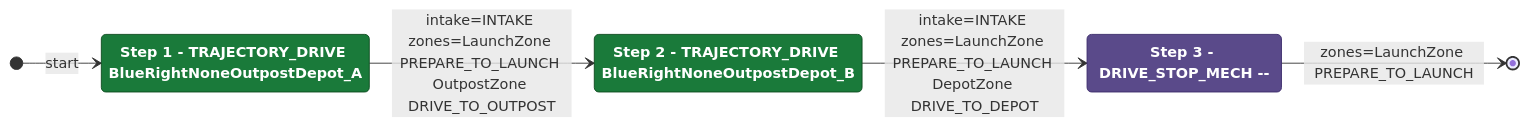
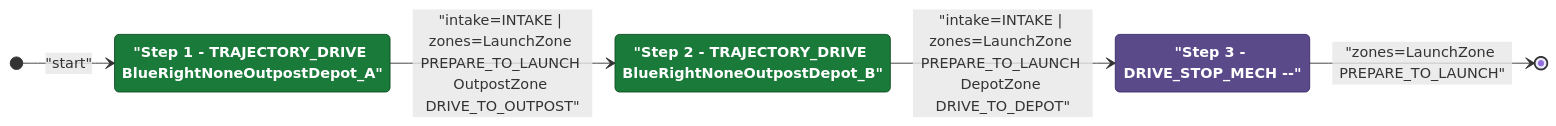
The diagram in documents/auton/BlueTOutLaunch0DepOutScoreClimb.md (Team302/2026Rebuilt), drawn with Mermaid before and after one commit. The commit also changed 242 other files, not shown here.

Commit message:
Regenerated diagrams with fixed red

````diff
--- a/documents/auton/BlueTOutLaunch0DepOutScoreClimb.md
+++ b/documents/auton/BlueTOutLaunch0DepOutScoreClimb.md
@@ -8,21 +8,21 @@
 ```mermaid
 stateDiagram-v2
     direction LR
 
     %% Green = intake active, Purple = intake off
     classDef intake  fill:#1a7a3a,color:#ffffff,stroke:#0d4a1f,font-weight:bold
     classDef noIntake fill:#5a4a8a,color:#ffffff,stroke:#3a2a6a,font-weight:bold
 
-    Step1 : Step 1 - TRAJECTORY_DRIVE BlueRightNoneOutpostDepot_A
-    Step2 : Step 2 - TRAJECTORY_DRIVE BlueRightNoneOutpostDepot_B
-    Step3 : Step 3 - DRIVE_STOP_MECH --
+    Step1 : "Step 1 - TRAJECTORY_DRIVE BlueRightNoneOutpostDepot_A"
+    Step2 : "Step 2 - TRAJECTORY_DRIVE BlueRightNoneOutpostDepot_B"
+    Step3 : "Step 3 - DRIVE_STOP_MECH --"
 
     class Step1 intake
     class Step2 intake
     class Step3 noIntake
 
-    [*] --> Step1 : start
-    Step1 --> Step2: intake=INTAKE zones=LaunchZone PREPARE_TO_LAUNCH OutpostZone DRIVE_TO_OUTPOST
-    Step2 --> Step3: intake=INTAKE zones=LaunchZone PREPARE_TO_LAUNCH DepotZone DRIVE_TO_DEPOT
-    Step3 --> [*]: zones=LaunchZone PREPARE_TO_LAUNCH
+    [*] --> Step1 : "start"
+    Step1 --> Step2: "intake=INTAKE | zones=LaunchZone PREPARE_TO_LAUNCH OutpostZone DRIVE_TO_OUTPOST"
+    Step2 --> Step3: "intake=INTAKE | zones=LaunchZone PREPARE_TO_LAUNCH DepotZone DRIVE_TO_DEPOT"
+    Step3 --> [*]: "zones=LaunchZone PREPARE_TO_LAUNCH"
 ```
````
